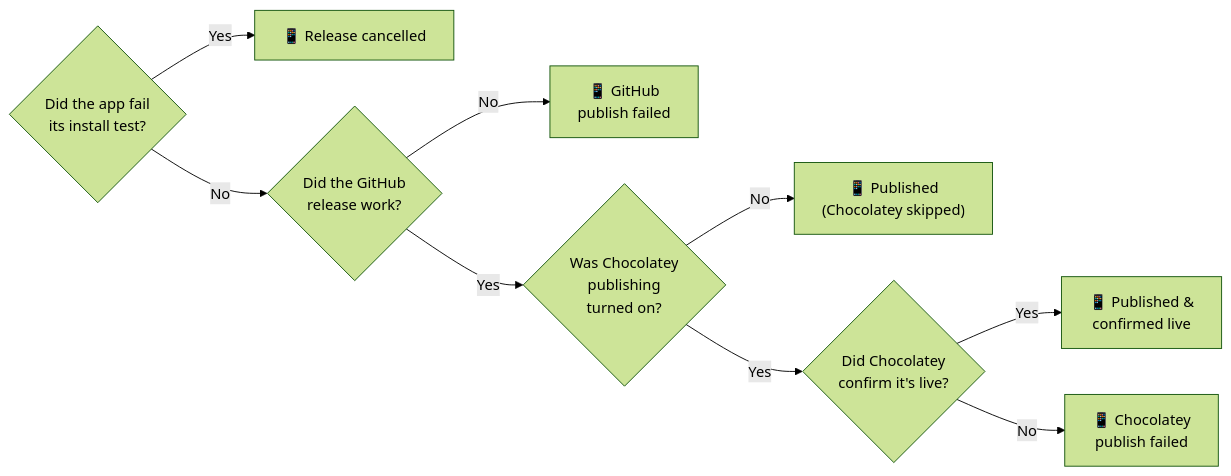
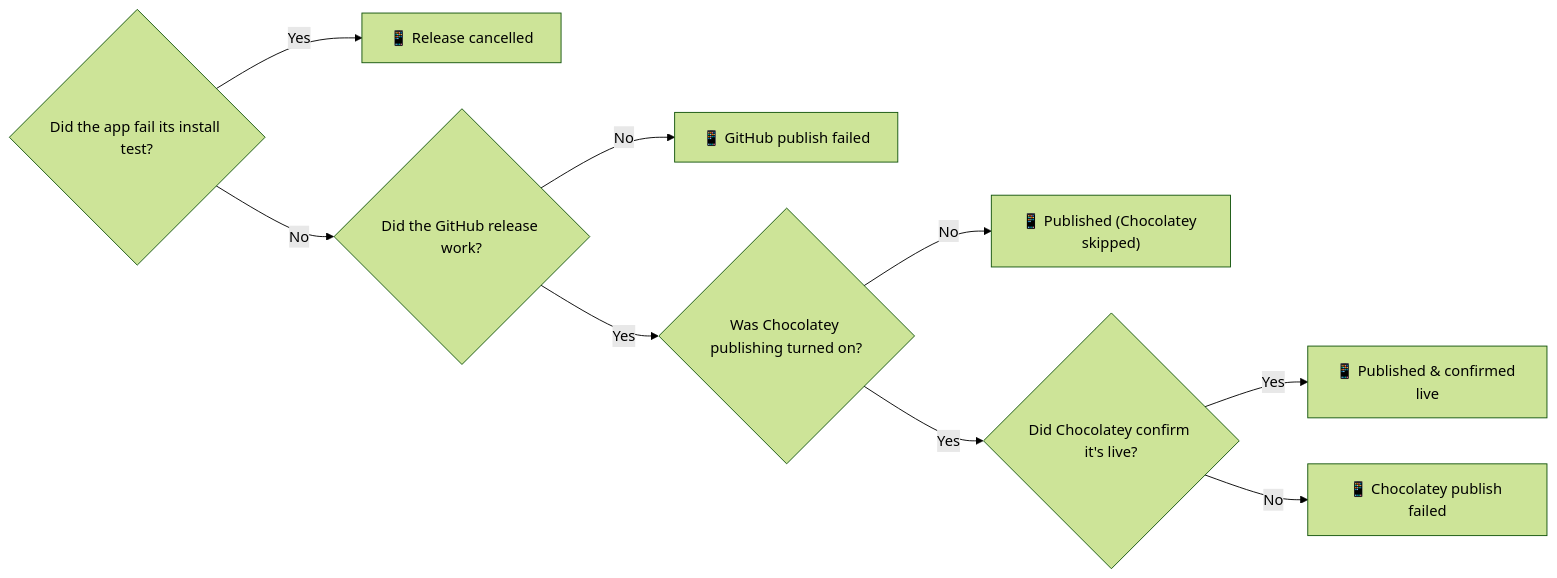
The eighth of 8 diagrams in docs/FluentFlyout Unofficial Publication Script Pipeline Flowchart.md (tanzim2000/fluentflyout-unofficial), drawn with Mermaid (forest theme) before and after one commit. The commit also changed other lines of this file, not shown here.

````diff
--- a/docs/FluentFlyout Unofficial Publication Script Pipeline Flowchart.md
+++ b/docs/FluentFlyout Unofficial Publication Script Pipeline Flowchart.md
@@ -108,11 +107,11 @@
 ```mermaid
 flowchart LR
-    A{"Did the app fail<br/>its install test?"} -- "Yes" --> R1["📱 Release cancelled"]
-    A -- "No" --> B{"Did the GitHub<br/>release work?"}
-    B -- "No" --> R2["📱 GitHub<br/>publish failed"]
-    B -- "Yes" --> C{"Was Chocolatey<br/>publishing<br/>turned on?"}
-    C -- "No" --> R3["📱 Published<br/>(Chocolatey skipped)"]
-    C -- "Yes" --> D{"Did Chocolatey<br/>confirm it's live?"}
-    D -- "Yes" --> R4["📱 Published &<br/>confirmed live"]
-    D -- "No" --> R5["📱 Chocolatey<br/>publish failed"]
+    A{"Did the app fail its install test?"} -- "Yes" --> R1["📱 Release cancelled"]
+    A -- "No" --> B{"Did the GitHub release work?"}
+    B -- "No" --> R2["📱 GitHub publish failed"]
+    B -- "Yes" --> C{"Was Chocolatey publishing turned on?"}
+    C -- "No" --> R3["📱 Published (Chocolatey skipped)"]
+    C -- "Yes" --> D{"Did Chocolatey confirm it's live?"}
+    D -- "Yes" --> R4["📱 Published & confirmed live"]
+    D -- "No" --> R5["📱 Chocolatey publish failed"]
 ```
````
